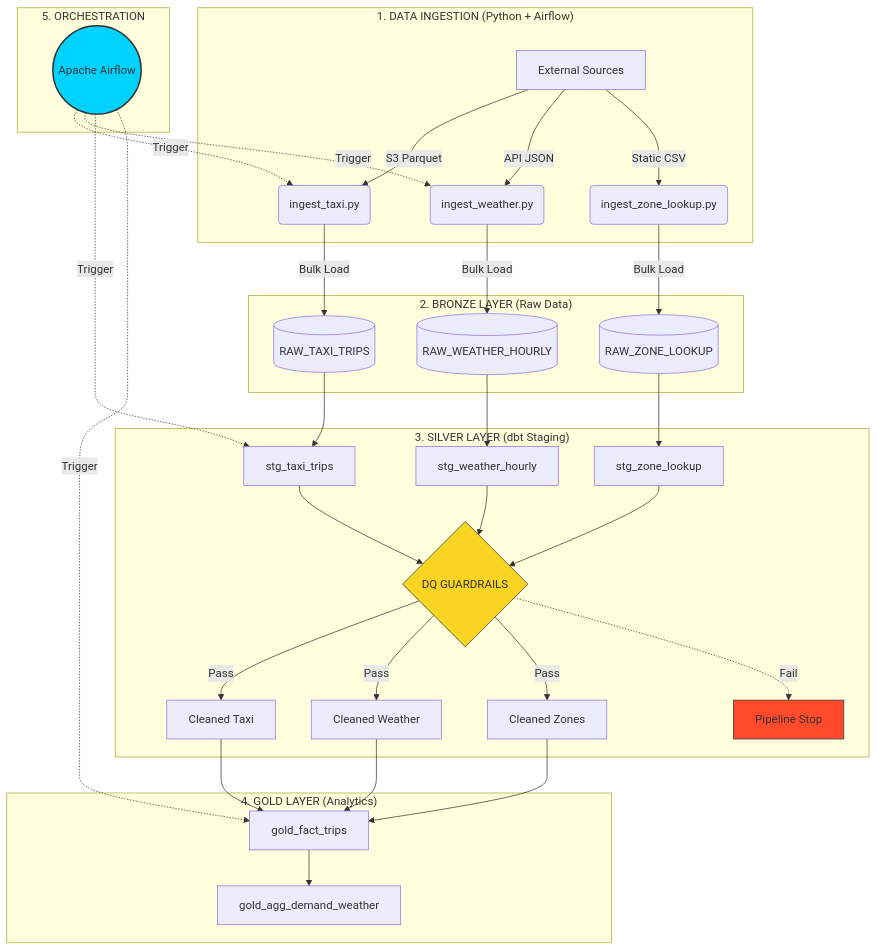
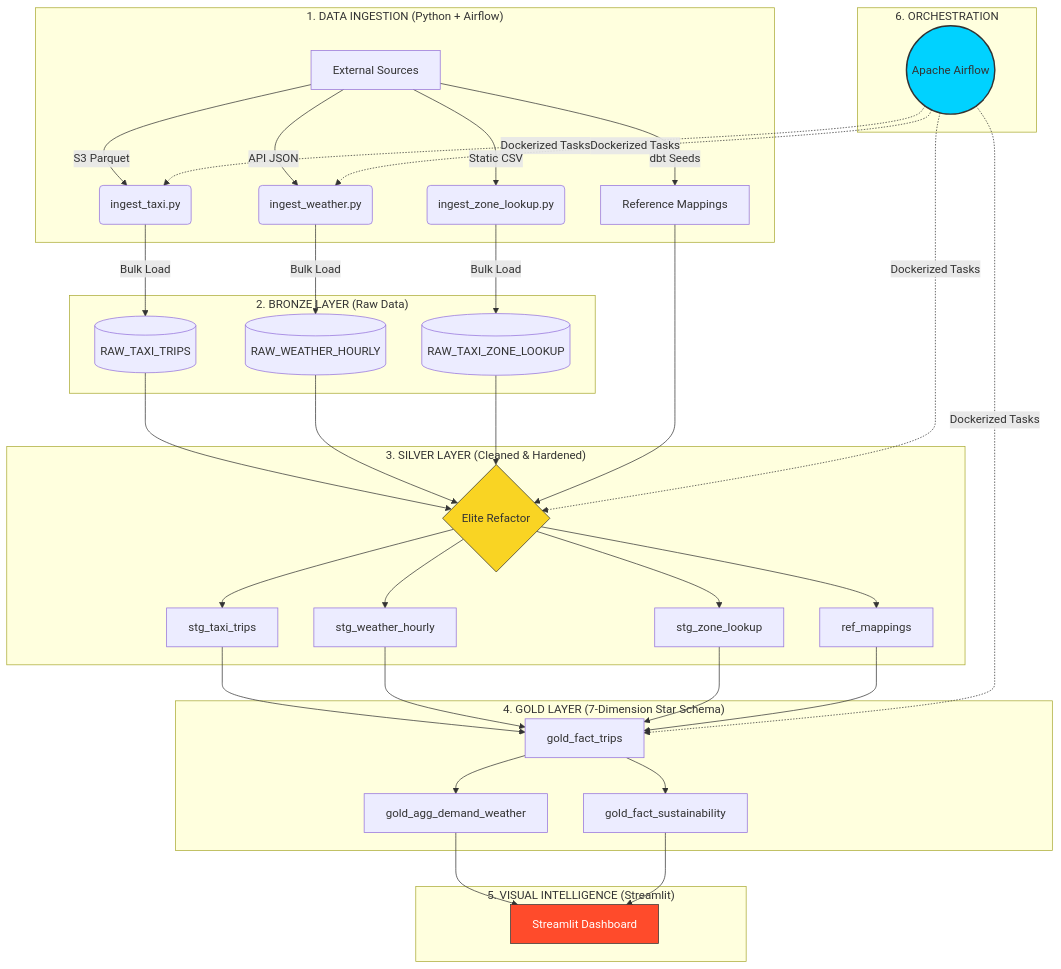
Before and after one commit to MahbubHossainFaisal/Project_UrbanFlow: the diagram in README.md, drawn with Mermaid. The commit also changed other lines of this file and 6 other files, not shown here.

````diff
--- a/README.md
+++ b/README.md
@@ -15,43 +15,42 @@
 ```mermaid
 graph TD
     subgraph "1. DATA INGESTION (Python + Airflow)"
         A[External Sources] -->|S3 Parquet| B(ingest_taxi.py)
         A -->|API JSON| C(ingest_weather.py)
         A -->|Static CSV| D(ingest_zone_lookup.py)
+        A -->|dbt Seeds| DS[Reference Mappings]
     end
 
     subgraph "2. BRONZE LAYER (Raw Data)"
         B -->|Bulk Load| E[(RAW_TAXI_TRIPS)]
         C -->|Bulk Load| F[(RAW_WEATHER_HOURLY)]
-        D -->|Bulk Load| G[(RAW_ZONE_LOOKUP)]
+        D -->|Bulk Load| G[(RAW_TAXI_ZONE_LOOKUP)]
     end
 
-    subgraph "3. SILVER LAYER (dbt Staging)"
-        E --> S1[stg_taxi_trips]
-        F --> S2[stg_weather_hourly]
-        G --> S3[stg_zone_lookup]
-        
-        S1 & S2 & S3 --> Q{DQ GUARDRAILS}
-        Q -->|Pass| S1_C[Cleaned Taxi]
-        Q -->|Pass| S2_C[Cleaned Weather]
-        Q -->|Pass| S3_C[Cleaned Zones]
-        Q -.->|Fail| Error[Pipeline Stop]
+    subgraph "3. SILVER LAYER (Cleaned & Hardened)"
+        E & F & G & DS --> S_H{Elite Refactor}
+        S_H --> S1[stg_taxi_trips]
+        S_H --> S2[stg_weather_hourly]
+        S_H --> S3[stg_zone_lookup]
+        S_H --> S4[ref_mappings]
     end
 
-    subgraph "4. GOLD LAYER (Analytics)"
-        S1_C & S2_C & S3_C --> G1[gold_fact_trips]
+    subgraph "4. GOLD LAYER (7-Dimension Star Schema)"
+        S1 & S2 & S3 & S4 --> G1[gold_fact_trips]
         G1 --> G2[gold_agg_demand_weather]
+        G1 --> G3[gold_fact_sustainability]
     end
 
-    subgraph "5. ORCHESTRATION"
+    subgraph "5. VISUAL INTELLIGENCE (Streamlit)"
+        G2 & G3 --> STR[Streamlit Dashboard]
+    end
+
+    subgraph "6. ORCHESTRATION"
         Airflow((Apache Airflow))
-        Airflow -.->|Trigger| B
-        Airflow -.->|Trigger| C
-        Airflow -.->|Trigger| S1
-        Airflow -.->|Trigger| G1
+        Airflow -.->|Dockerized Tasks| B & C & S_H & G1
     end
 
     style Airflow fill:#00d2ff,stroke:#333,stroke-width:2px
-    style Error fill:#ff4b2b,stroke:#333
-    style Q fill:#f9d423,stroke:#333
+    style STR fill:#ff4b2b,stroke:#333,color:#fff
+    style S_H fill:#f9d423,stroke:#333
 ```
````
